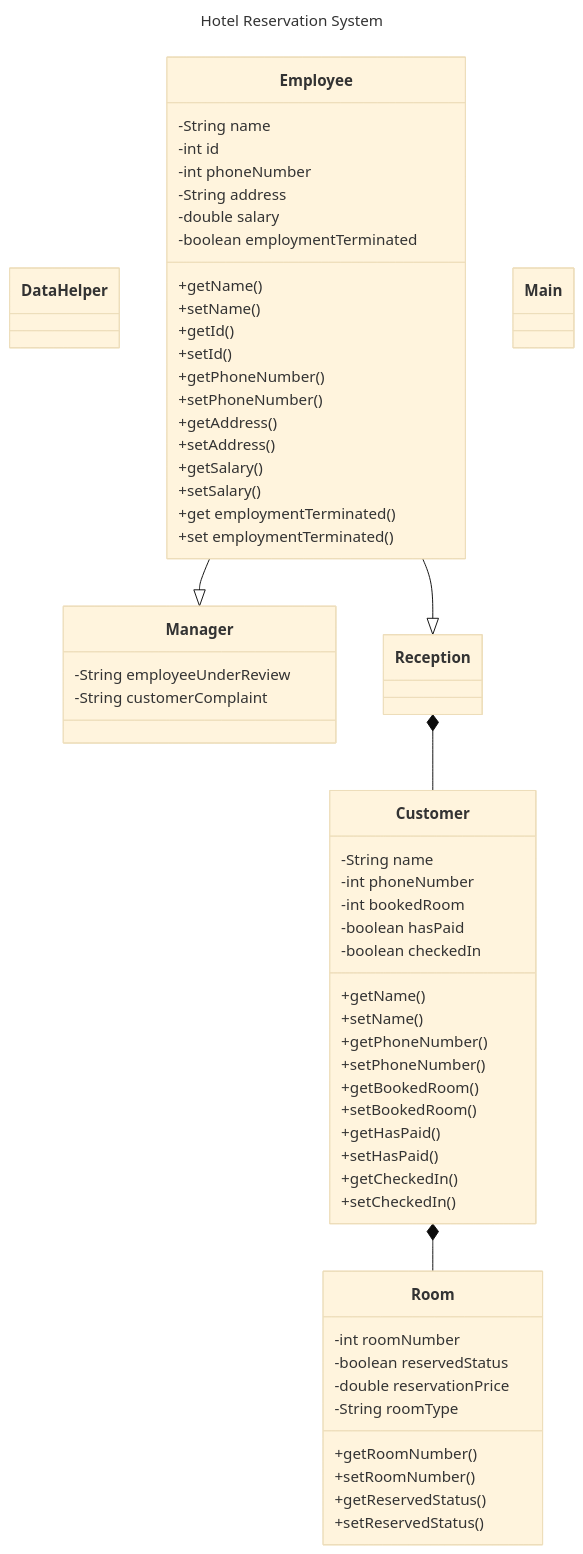
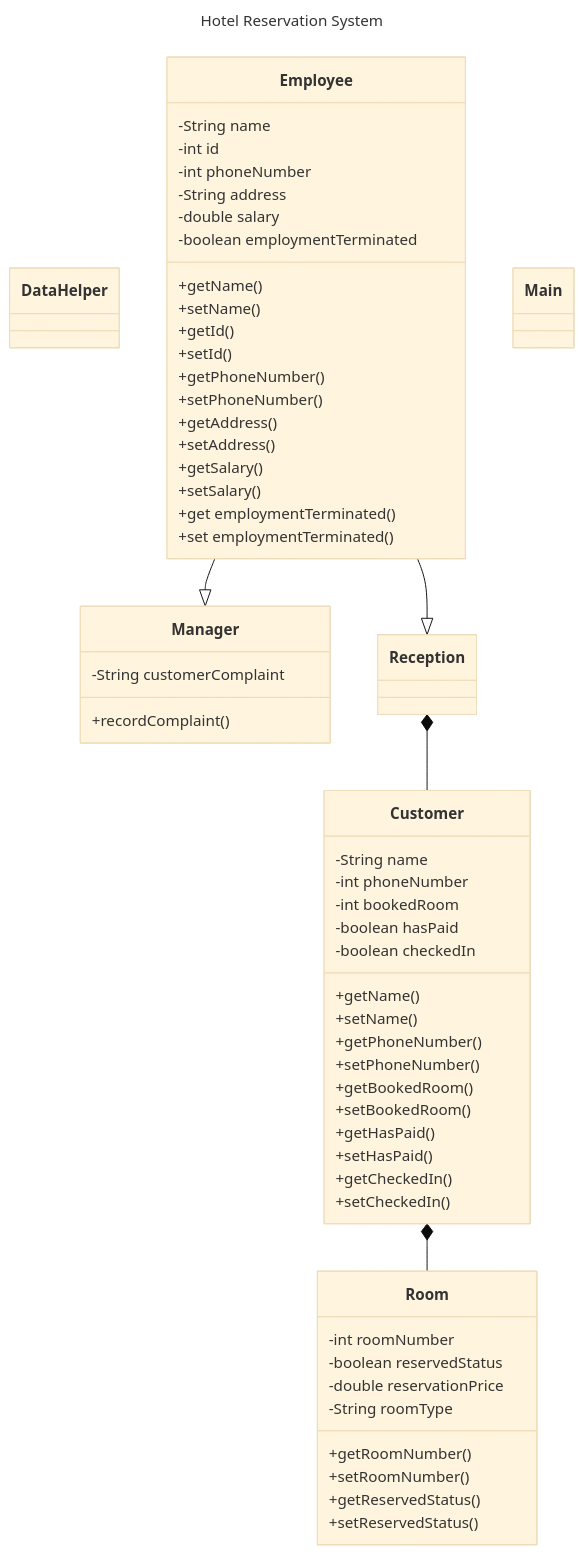
Before and after one commit to roxashrb/2425-cc3-1e-project-team-and-jerry: the diagram in wiki/class-diagram.md, drawn with Mermaid (base theme).

````diff
--- a/wiki/class-diagram.md
+++ b/wiki/class-diagram.md
@@ -1,76 +1,76 @@
 ```mermaid
 ---
 title: Hotel Reservation System
 ---
 
 classDiagram
     Customer *-- Room
     class Customer {
         -String name
         -int phoneNumber
         -int bookedRoom
         -boolean hasPaid
         -boolean checkedIn
         +getName()
         +setName()
         +getPhoneNumber()
         +setPhoneNumber()
         +getBookedRoom()
         +setBookedRoom()
         +getHasPaid()
         +setHasPaid()
         +getCheckedIn()
         +setCheckedIn()
     }
 
     class DataHelper {
     }
 
     class Employee {
         -String name
         -int id
         -int phoneNumber
         -String address
         -double salary
         -boolean employmentTerminated
         +getName()
         +setName()
         +getId()
         +setId()
         +getPhoneNumber()
         +setPhoneNumber()
         +getAddress()
         +setAddress()
         +getSalary()
         +setSalary()
         +get employmentTerminated()
         +set employmentTerminated()
     }
 
     class Main {
     }
 
     Employee --|> Manager
     class Manager {
-        -String employeeUnderReview
         -String customerComplaint
+        +recordComplaint()
     }
 
 
     Employee --|> Reception
     Reception *-- Customer
     class Reception {
         
     }
 
     class Room {
         -int roomNumber
         -boolean reservedStatus
         -double reservationPrice
         -String roomType
         +getRoomNumber()
         +setRoomNumber()
         +getReservedStatus()
         +setReservedStatus()
     }
 ```
````
